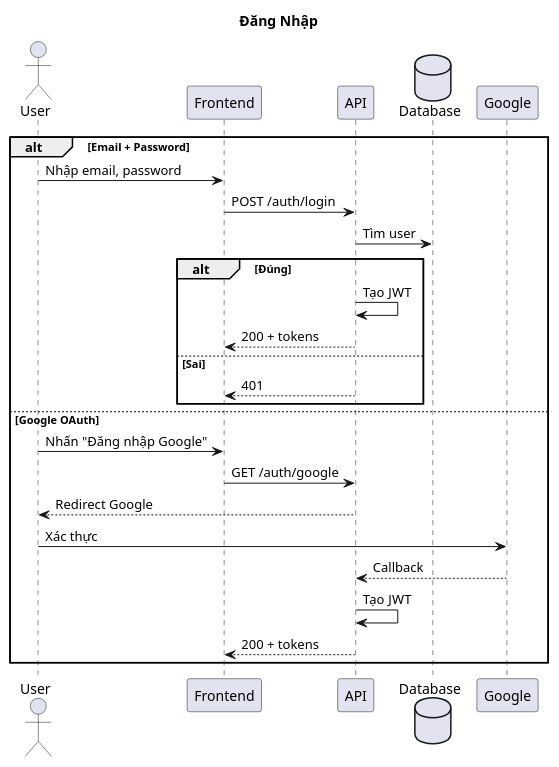
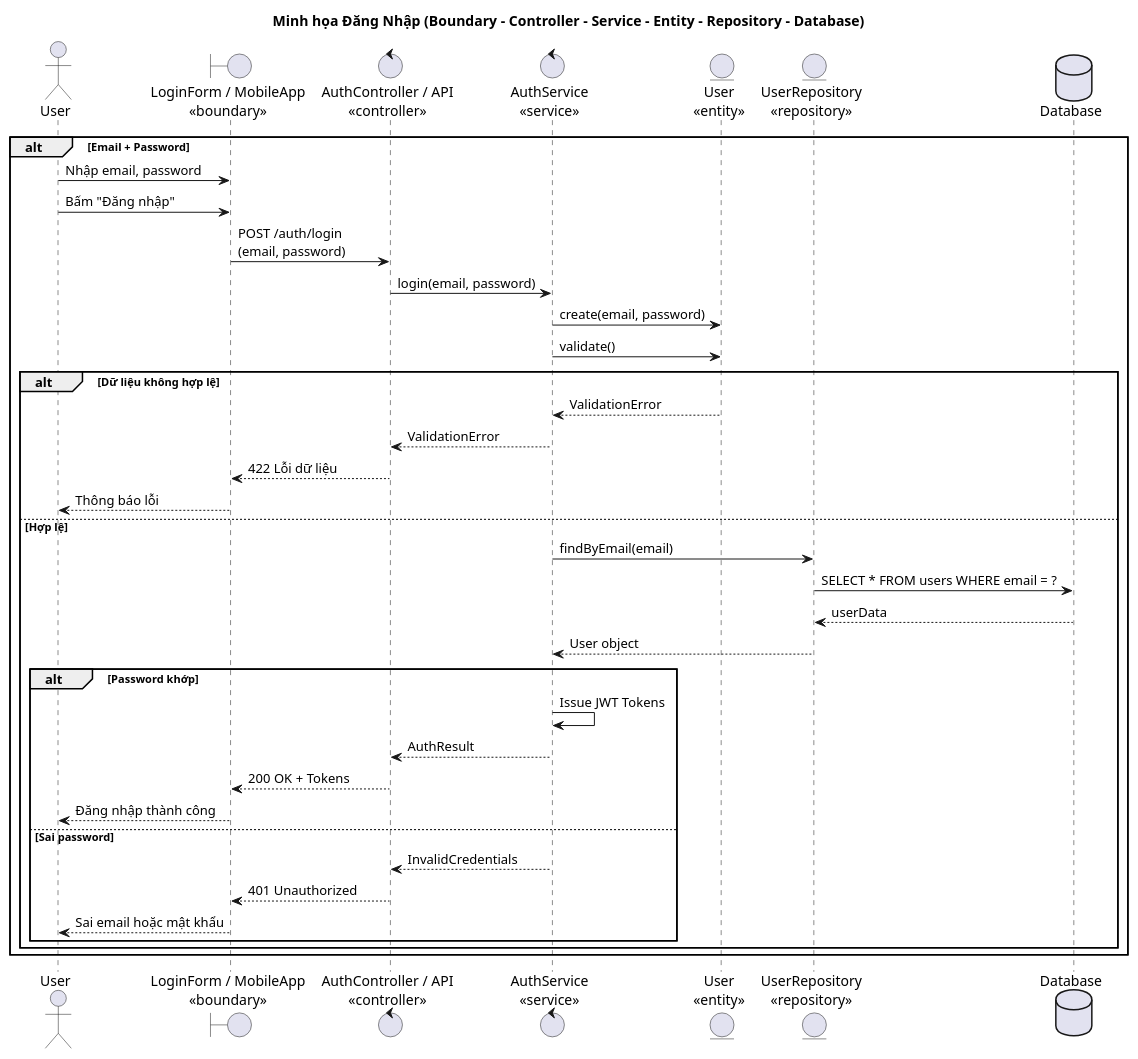
Before and after one commit to BuiThaiBao/Propify: the diagram in docs/sequence-diagram-dang-nhap.md, drawn with PlantUML. The commit also changed other lines of this file and 12 other files, not shown here.

Commit message:
feat: update sequence diagrams to include detailed interactions and 3-layer architecture representation

````diff
--- a/docs/sequence-diagram-dang-nhap.md
+++ b/docs/sequence-diagram-dang-nhap.md
@@ -3,30 +3,44 @@
 ```plantuml
 @startuml
-title Đăng Nhập
+title Minh họa Đăng Nhập (Boundary - Controller - Service - Entity - Repository - Database)
 
 actor "User" as User
-participant "Frontend" as FE
-participant "API" as API
+boundary "LoginForm / MobileApp\n«boundary»" as FE
+control "AuthController / API\n«controller»" as Controller
+control "AuthService\n«service»" as Service
+entity "User\n«entity»" as Entity
+entity "UserRepository\n«repository»" as Repo
 database "Database" as DB
 
 alt Email + Password
   User -> FE: Nhập email, password
-  FE -> API: POST /auth/login
-  API -> DB: Tìm user
-  alt Đúng
-    API -> API: Tạo JWT
-    API --> FE: 200 + tokens
-  else Sai
-    API --> FE: 401
+  User -> FE: Bấm "Đăng nhập"
+  FE -> Controller: POST /auth/login\n(email, password)
+  Controller -> Service: login(email, password)
+  Service -> Entity: create(email, password)
+  Service -> Entity: validate()
+  
+  alt Dữ liệu không hợp lệ
+    Entity --> Service: ValidationError
+    Service --> Controller: ValidationError
+    Controller --> FE: 422 Lỗi dữ liệu
+    FE --> User: Thông báo lỗi
+  else Hợp lệ
+    Service -> Repo: findByEmail(email)
+    Repo -> DB: SELECT * FROM users WHERE email = ?
+    DB --> Repo: userData
+    Repo --> Service: User object
+    alt Password khớp
+      Service -> Service: Issue JWT Tokens
+      Service --> Controller: AuthResult
+      Controller --> FE: 200 OK + Tokens
+      FE --> User: Đăng nhập thành công
+    else Sai password
+      Service --> Controller: InvalidCredentials
+      Controller --> FE: 401 Unauthorized
+      FE --> User: Sai email hoặc mật khẩu
+    end
   end
-else Google OAuth
-  User -> FE: Nhấn "Đăng nhập Google"
-  FE -> API: GET /auth/google
-  API --> User: Redirect Google
-  User -> Google: Xác thực
-  Google --> API: Callback
-  API -> API: Tạo JWT
-  API --> FE: 200 + tokens
 end
 @enduml
 ```
````
